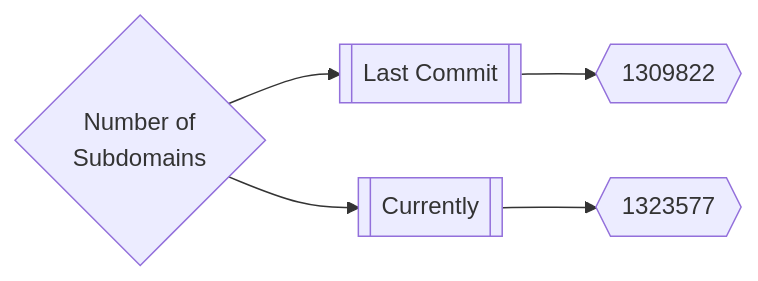
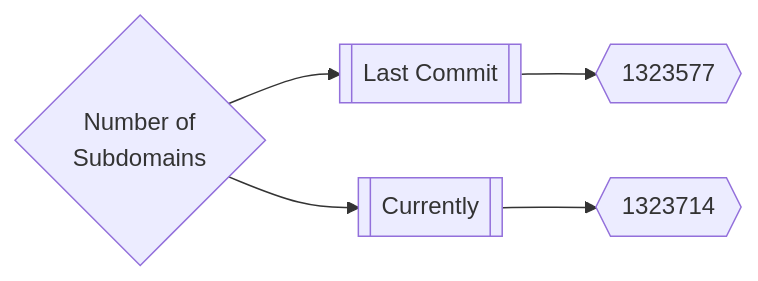
One commit to trickest/inventory changed the first of 3 diagrams in README.md. Above: the diagram before and after it, drawn with Mermaid. The commit also changed other lines of this file and 10 other files, not shown here.

````diff
--- a/README.md
+++ b/README.md
@@ -165,5 +165,5 @@
 ```mermaid
 graph LR
-title{Number of<br>Subdomains} --> subdomainsDate1[[Last Commit]] --> subdomainsNum1{{1309822}}
-title --> subdomainsDate2[[Currently]] --> subdomainsNum2{{1323577}}
+title{Number of<br>Subdomains} --> subdomainsDate1[[Last Commit]] --> subdomainsNum1{{1323577}}
+title --> subdomainsDate2[[Currently]] --> subdomainsNum2{{1323714}}
 ```
````
